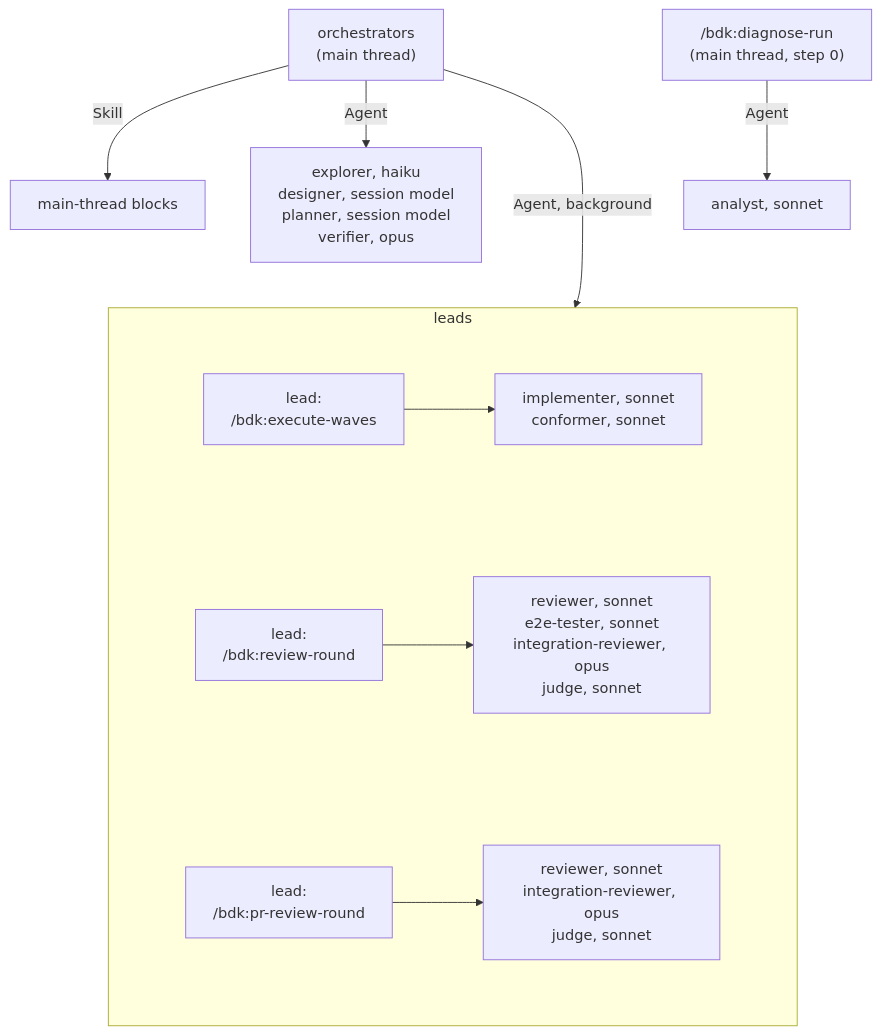
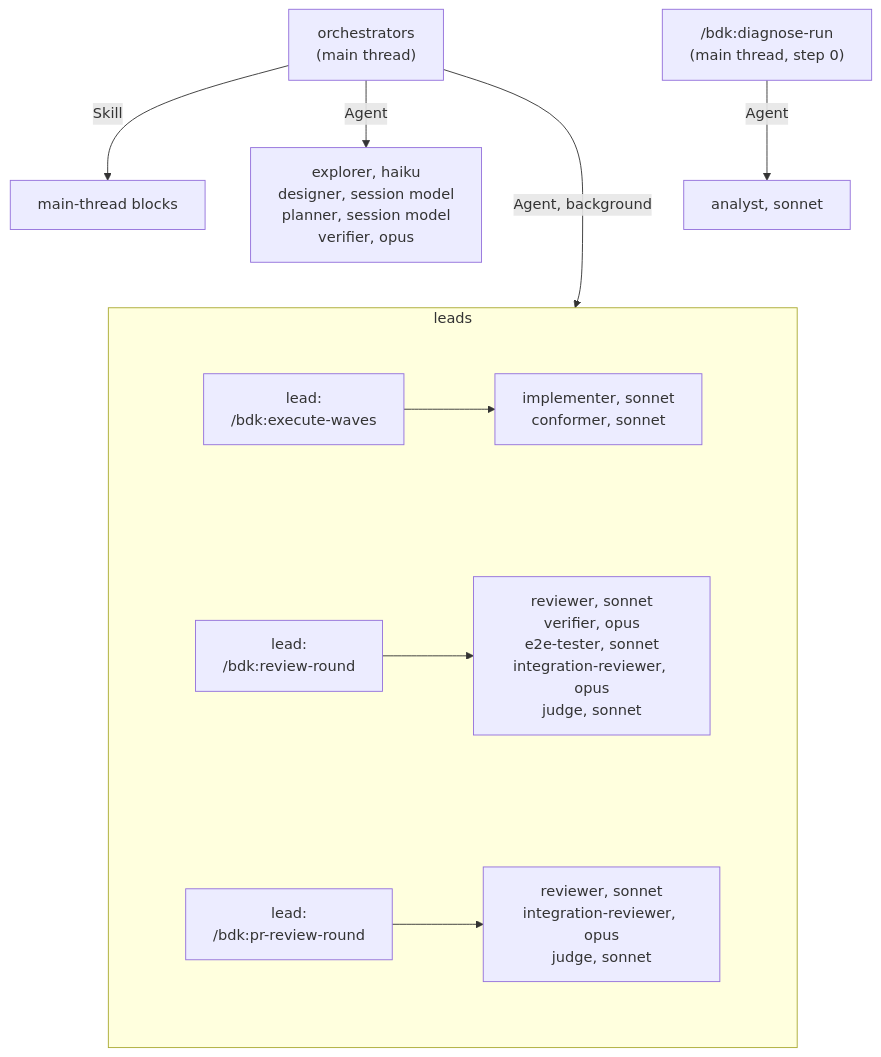
Before and after one commit to broneq/bdk: the diagram in docs/concepts/agents.md, drawn with Mermaid. The commit also changed other lines of this file and 75 other files, not shown here.

First line of the commit message:
feat(skills): check spec conformance in every review round

````diff
--- a/docs/concepts/agents.md
+++ b/docs/concepts/agents.md
@@ -11,29 +11,29 @@
 ```mermaid
 flowchart TB
   O["orchestrators<br/>(main thread)"]
   O -->|"Skill"| MB["main-thread blocks"]
   O -->|"Agent"| AG["explorer, haiku<br/>designer, session model<br/>planner, session model<br/>verifier, opus"]
   D["/bdk:diagnose-run<br/>(main thread, step 0)"]
   D -->|"Agent"| AN["analyst, sonnet"]
   O -->|"Agent, background"| LEADS
   AG ~~~ LEADS
   subgraph LEADS["leads"]
     direction TB
     subgraph S1[" "]
       direction LR
       L1["lead:<br/>/bdk:execute-waves"] --> W1["implementer, sonnet<br/>conformer, sonnet"]
     end
     subgraph S2[" "]
       direction LR
-      L2["lead:<br/>/bdk:review-round"] --> W2["reviewer, sonnet<br/>e2e-tester, sonnet<br/>integration-reviewer, opus<br/>judge, sonnet"]
+      L2["lead:<br/>/bdk:review-round"] --> W2["reviewer, sonnet<br/>verifier, opus<br/>e2e-tester, sonnet<br/>integration-reviewer, opus<br/>judge, sonnet"]
     end
     subgraph S3[" "]
       direction LR
       L3["lead:<br/>/bdk:pr-review-round"] --> W3["reviewer, sonnet<br/>integration-reviewer, opus<br/>judge, sonnet"]
     end
     S1 ~~~ S2 ~~~ S3
   end
   style S1 fill:transparent,stroke:transparent
   style S2 fill:transparent,stroke:transparent
   style S3 fill:transparent,stroke:transparent
 ```
````
